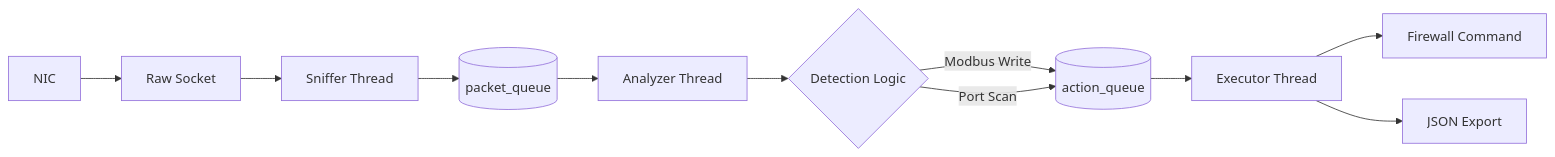
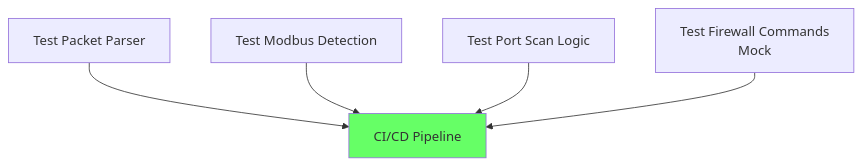
One commit to zuudevs/grid_watcher changed diagram 15 of 16 in docs/ARCHITECTURE.md.md. Above: the diagram before and after it, drawn with Mermaid. The commit also changed other lines of this file and 9 other files, not shown here.

First line of the commit message:
docs : Add comprehensive API documentation, quick start guide, and development roadmap

````diff
--- a/docs/ARCHITECTURE.md.md
+++ b/docs/ARCHITECTURE.md.md
@@ -115,17 +676,14 @@
 ```mermaid
-flowchart LR
-    NIC[NIC] --> RS[Raw Socket]
-
-    RS --> S[Sniffer Thread]
-    S --> PQ[(packet_queue)]
-
-    PQ --> A[Analyzer Thread]
-    A --> L{Detection Logic}
-
-    L -->|Modbus Write| AQ[(action_queue)]
-    L -->|Port Scan| AQ
-
-    AQ --> E[Executor Thread]
-    E --> F[Firewall Command]
-    E --> J[JSON Export]
+graph TD
+    A[Test Packet Parser]
+    B[Test Modbus Detection]
+    C[Test Port Scan Logic]
+    D[Test Firewall Commands<br/>Mock]
+    
+    A --> E[CI/CD Pipeline]
+    B --> E
+    C --> E
+    D --> E
+    
+    style E fill:#6f6
 ```
````
